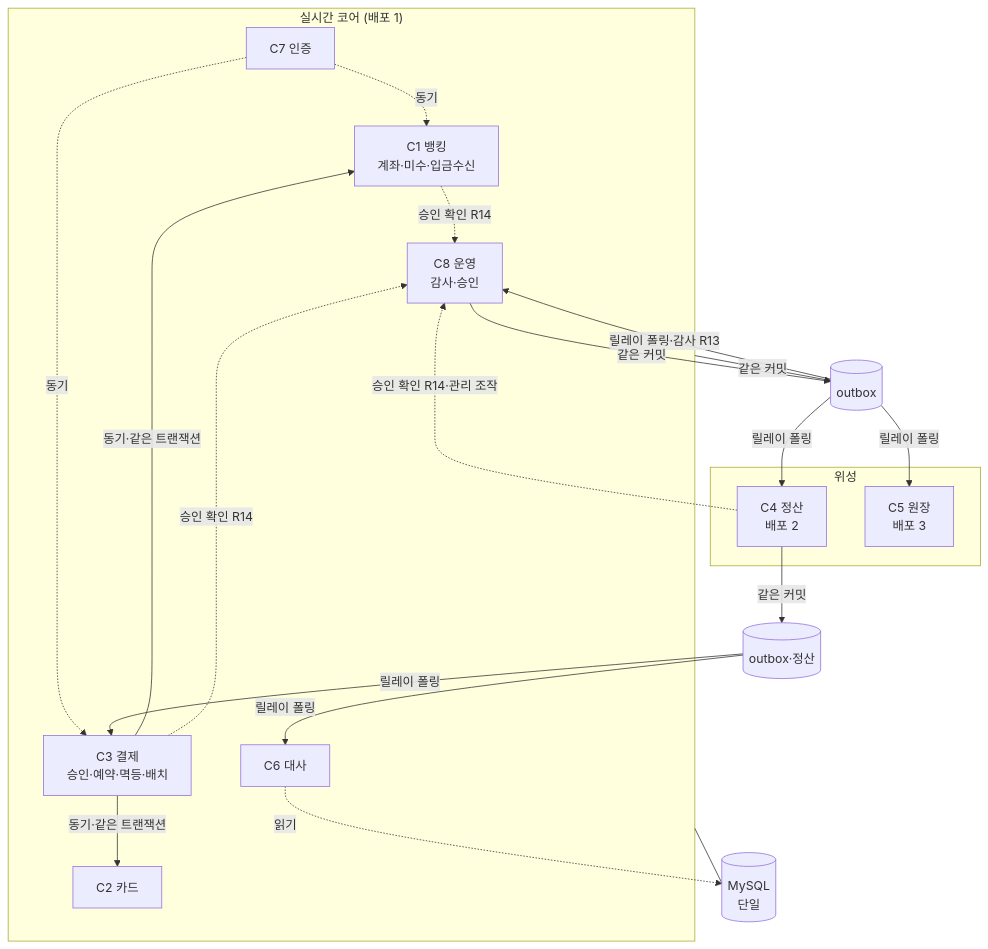
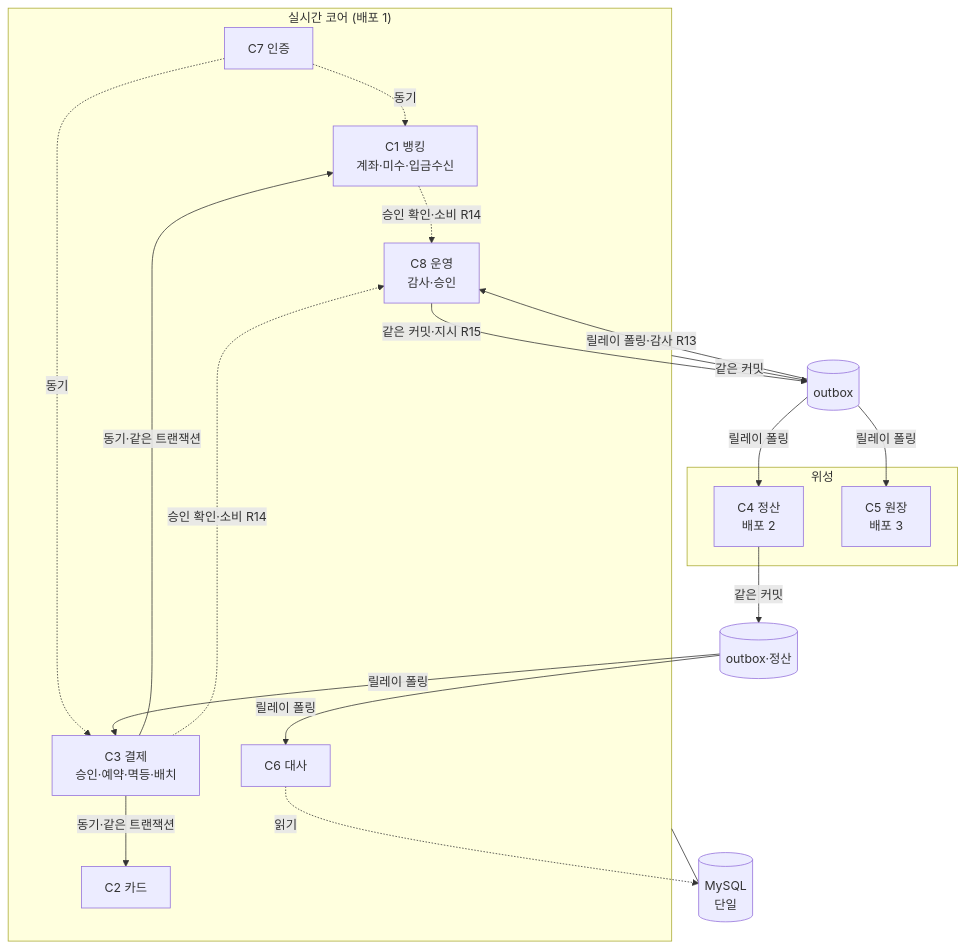
The diagram in architecture/views/02-container.md (jun-bank/docs), drawn with Mermaid before and after one commit. The commit also changed 8 other files, not shown here.

````diff
--- a/architecture/views/02-container.md
+++ b/architecture/views/02-container.md
@@ -12,35 +12,34 @@
 ```mermaid
 graph TB
     subgraph CORE["실시간 코어 (배포 1)"]
         C1[C1 뱅킹<br/>계좌·미수·입금수신]
         C2[C2 카드]
         C3[C3 결제<br/>승인·예약·멱등·배치]
         C6[C6 대사]
         C7[C7 인증]
         C8[C8 운영<br/>감사·승인]
     end
     OB[(outbox)]
     subgraph SAT["위성"]
         C4[C4 정산<br/>배포 2]
         C5[C5 원장<br/>배포 3]
     end
     DB[(MySQL<br/>단일)]
 
     C3 -->|동기·같은 트랜잭션| C1
     C3 -->|동기·같은 트랜잭션| C2
     C7 -.동기.-> C1
     C7 -.동기.-> C3
-    C1 -.승인 확인 R14.-> C8
-    C3 -.승인 확인 R14.-> C8
-    C4 -.승인 확인 R14·관리 조작.-> C8
+    C1 -.승인 확인·소비 R14.-> C8
+    C3 -.승인 확인·소비 R14.-> C8
     OB -->|릴레이 폴링·감사 R13| C8
-    C8 -->|같은 커밋| OB
+    C8 -->|같은 커밋·지시 R15| OB
     CORE --- DB
     CORE -->|같은 커밋| OB
     OB -->|릴레이 폴링| C4
     OB -->|릴레이 폴링| C5
     C4 -->|같은 커밋| OB2[(outbox·정산)]
     OB2 -->|릴레이 폴링| C3
     OB2 -->|릴레이 폴링| C6
     C6 -.읽기.-> DB
 ```
````
